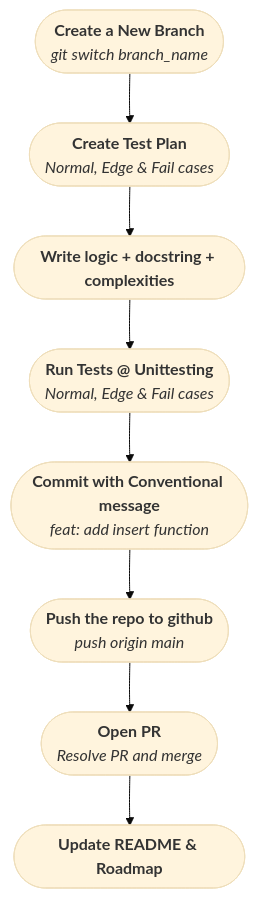
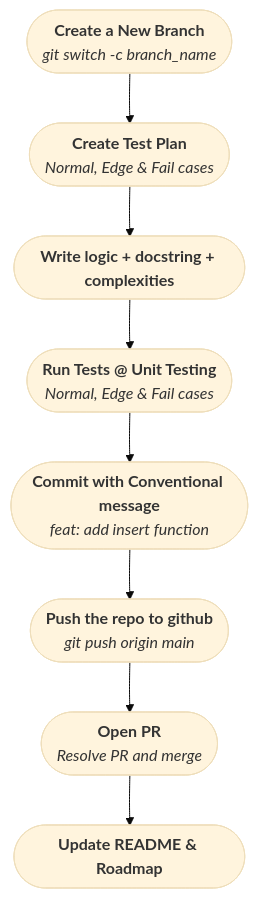
The diagram in README.md (croxy-destroyer/dsa-tracker), drawn with Mermaid (base theme) before and after one commit. The commit also changed other lines of this file, not shown here.

````diff
--- a/README.md
+++ b/README.md
@@ -101,13 +101,13 @@
 ```mermaid
 flowchart TD
-    id1(["`**Create a New Branch**<br>*git switch branch_name*</br>`"])
+    id1(["`**Create a New Branch**<br>*git switch -c branch_name*</br>`"])
     id2(["`**Create Test Plan**<br>*Normal, Edge & Fail cases*</br>`"])
     id3(["`**Write logic + docstring + complexities**`"])
-    id4(["`**Run Tests @ Unittesting**<br>*Normal, Edge & Fail cases*</br>`"])
+    id4(["`**Run Tests @ Unit Testing**<br>*Normal, Edge & Fail cases*</br>`"])
     id5(["`**Commit with Conventional message**<br>*feat: add insert function*</br>`"])
-    id6(["`**Push the repo to github**<br>*push origin main*</br>`"])
+    id6(["`**Push the repo to github**<br>*git push origin main*</br>`"])
     id7(["`**Open PR**<br>*Resolve PR and merge*</br>`"])
     id8(["`**Update README & Roadmap**`"])
     id1-->id2-->id3-->id4-->id5-->id6-->id7-->id8
 
 ```
````
